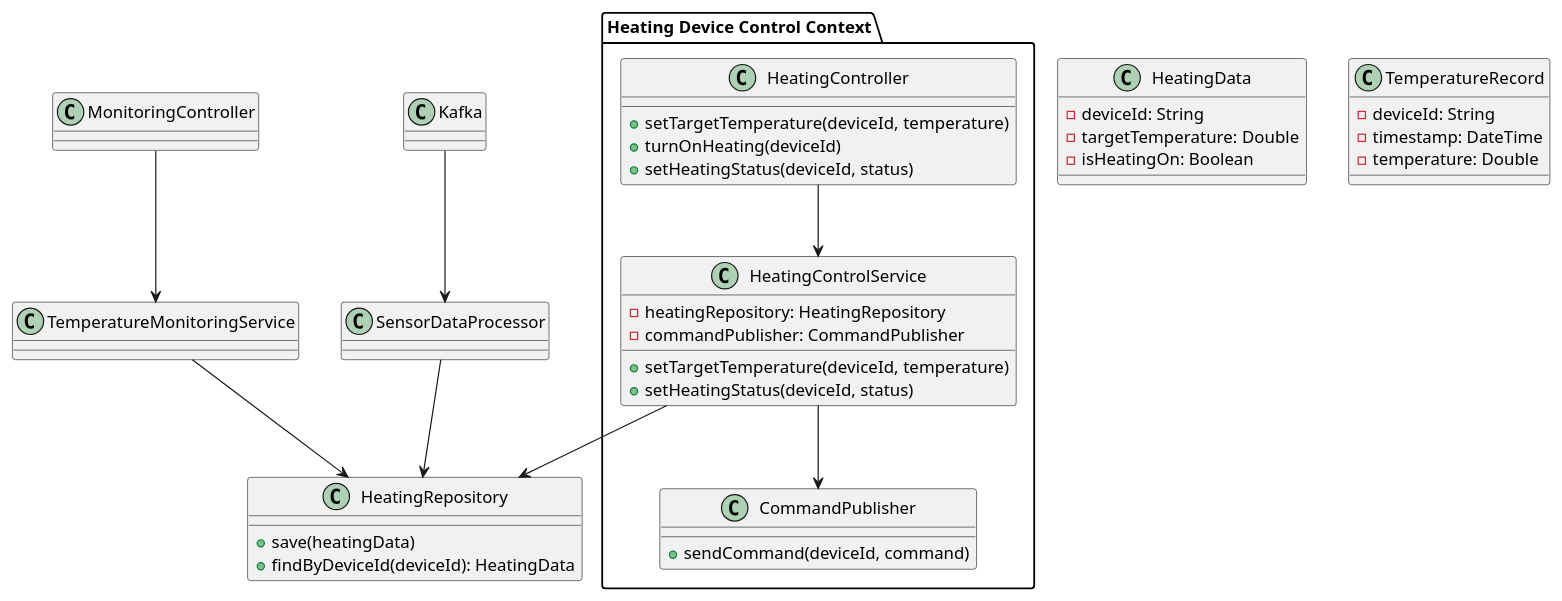
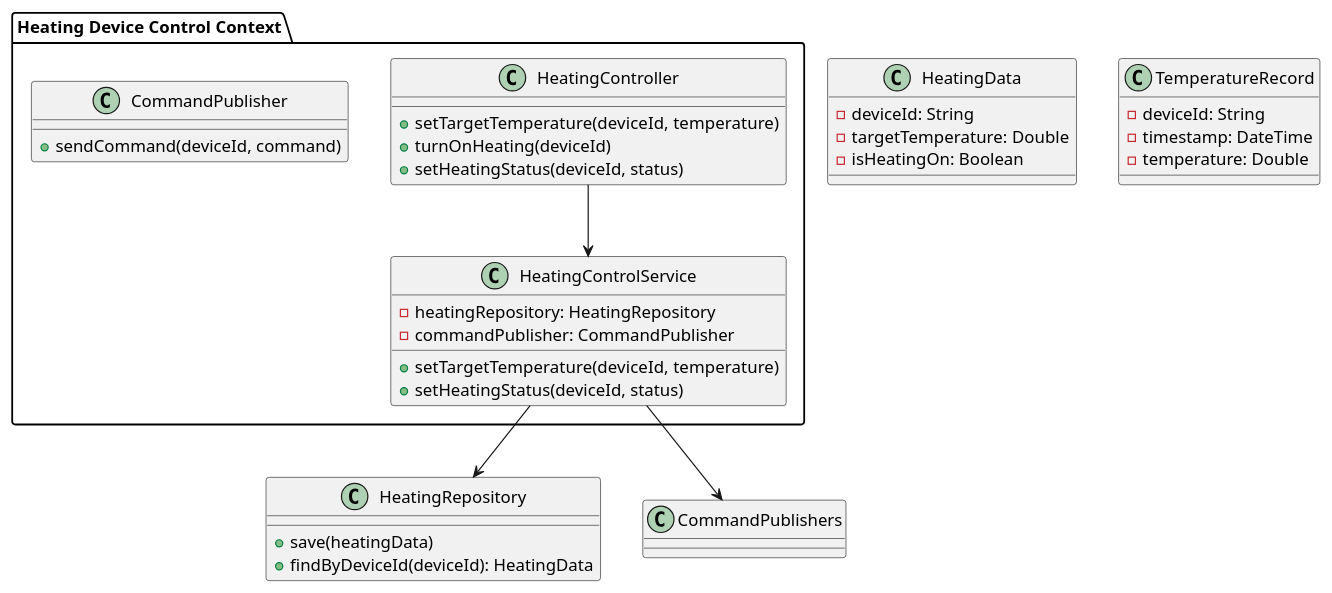
The ninth of 9 diagrams in docs/diagrams/src/task_2.puml (Veles-Pan/practicum-architecture-sprint-3), drawn with PlantUML before and after one commit. The commit also changed 2 other files, not shown here.

```diff
--- a/docs/diagrams/src/task_2.puml
+++ b/docs/diagrams/src/task_2.puml
@@ -296,50 +296,44 @@
 @startuml heating_service_code
 package "Heating Device Control Context" {
     class HeatingController {
         + setTargetTemperature(deviceId, temperature)
         + turnOnHeating(deviceId)
         + setHeatingStatus(deviceId, status)
     }
     
     class HeatingControlService {
         - heatingRepository: HeatingRepository
         - commandPublisher: CommandPublisher
         + setTargetTemperature(deviceId, temperature)
         + setHeatingStatus(deviceId, status)
     }
     
     class CommandPublisher {
         + sendCommand(deviceId, command)
     }
 }
 
 ' Общие классы
 class HeatingRepository {
     + save(heatingData)
     + findByDeviceId(deviceId): HeatingData
 }
 
 class HeatingData {
     - deviceId: String
     - targetTemperature: Double
     - isHeatingOn: Boolean
 }
 
 class TemperatureRecord {
     - deviceId: String
     - timestamp: DateTime
     - temperature: Double
 }
 
 ' Взаимодействия в контексте Управления устройствами
 HeatingController --> HeatingControlService
 HeatingControlService --> HeatingRepository
-HeatingControlService --> CommandPublisher
-
-' Взаимодействия в контексте Мониторинга
-MonitoringController --> TemperatureMonitoringService
-TemperatureMonitoringService --> HeatingRepository
-SensorDataProcessor --> HeatingRepository
-Kafka --> SensorDataProcessor
+HeatingControlService --> CommandPublishers
 
 @enduml
```
